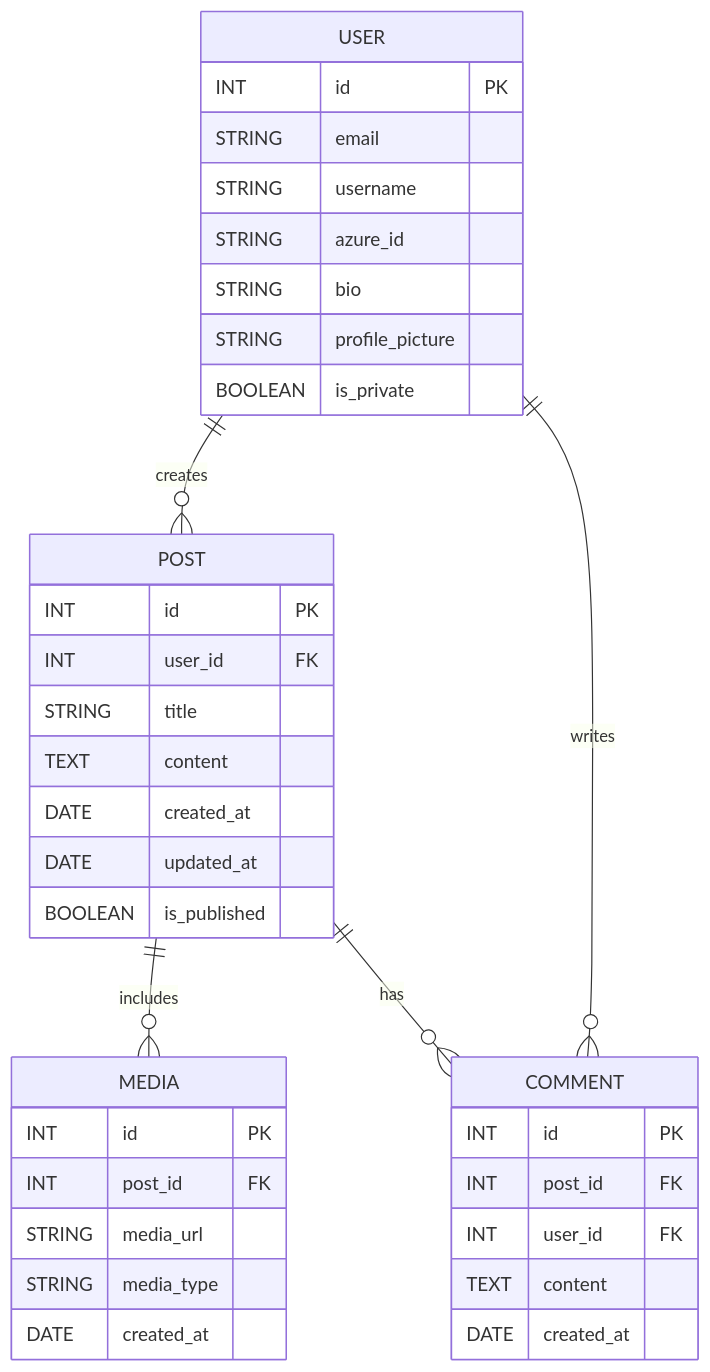
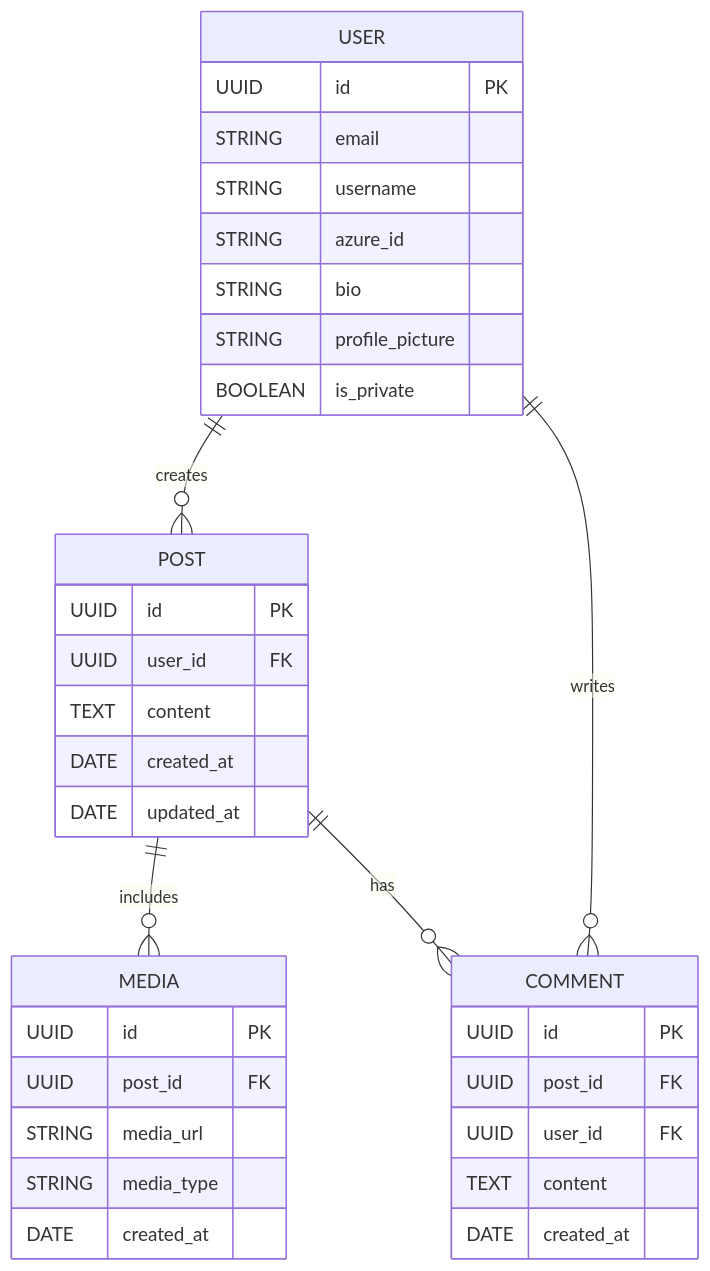
The diagram in docs/database.md (matheodrd/linkup), drawn with Mermaid before and after one commit. The commit also changed 5 other files, not shown here.

````diff
--- a/docs/database.md
+++ b/docs/database.md
@@ -5,43 +5,41 @@
 ```mermaid
 erDiagram
     USER {
-        INT id PK
+        UUID id PK
         STRING email
         STRING username
         STRING azure_id
         STRING bio
         STRING profile_picture
         BOOLEAN is_private
     }
 
     POST {
-        INT id PK
-        INT user_id FK
-        STRING title
+        UUID id PK
+        UUID user_id FK
         TEXT content
         DATE created_at
         DATE updated_at
-        BOOLEAN is_published
     }
 
     MEDIA {
-        INT id PK
-        INT post_id FK
+        UUID id PK
+        UUID post_id FK
         STRING media_url
         STRING media_type
         DATE created_at
     }
 
     COMMENT {
-        INT id PK
-        INT post_id FK
-        INT user_id FK
+        UUID id PK
+        UUID post_id FK
+        UUID user_id FK
         TEXT content
         DATE created_at
     }
 
     USER ||--o{ POST : "creates"
     POST ||--o{ MEDIA : "includes"
     POST ||--o{ COMMENT : "has"
     USER ||--o{ COMMENT : "writes"
 ```
````
